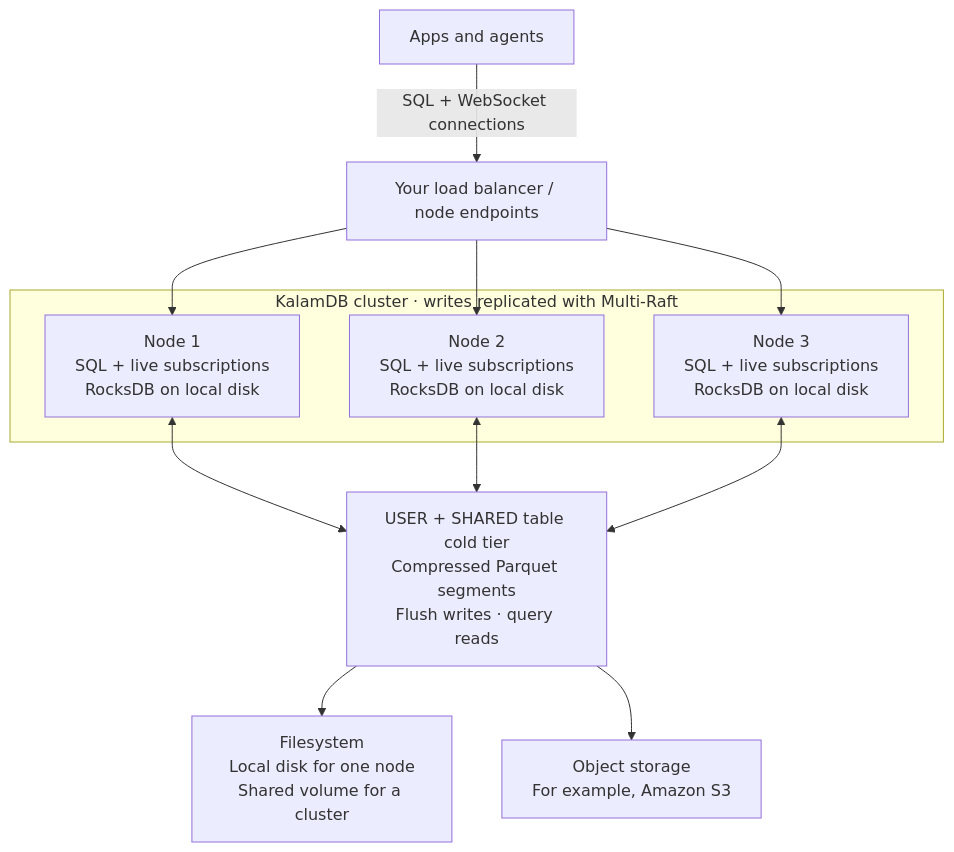
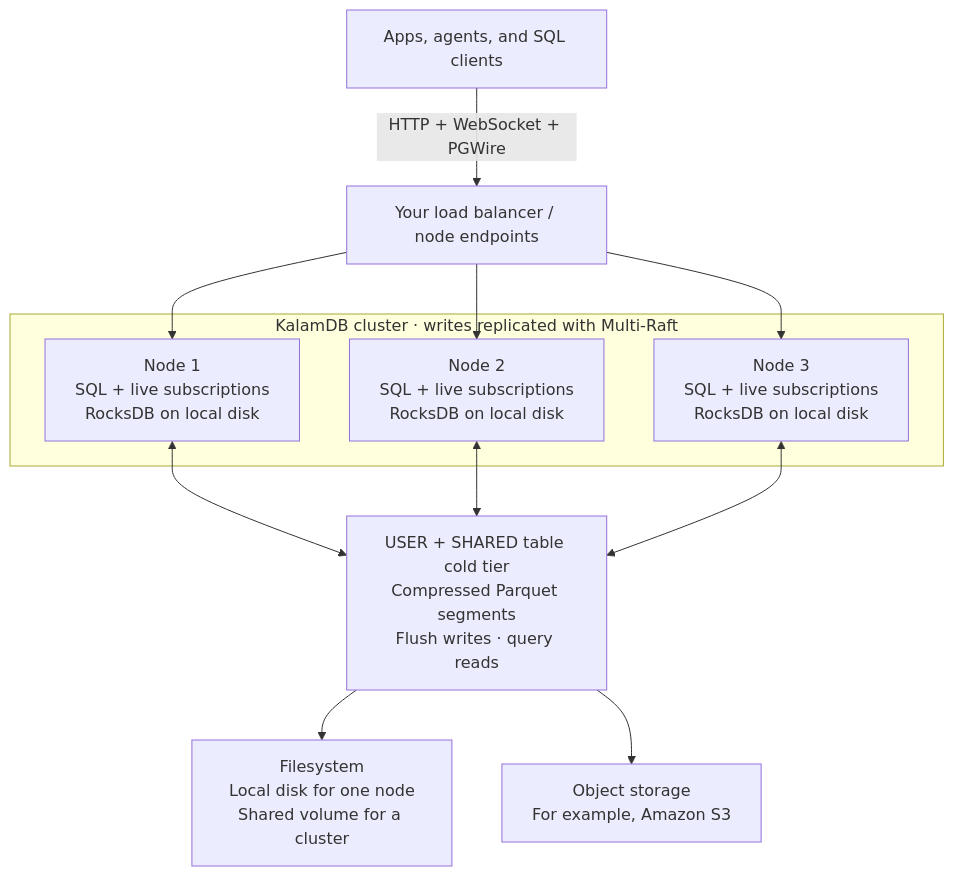
Before and after one commit to kalamdb/KalamDB: the diagram in README.md, drawn with Mermaid. The commit also changed other lines of this file and 39 other files, not shown here.

````diff
--- a/README.md
+++ b/README.md
@@ -75,21 +135,21 @@
 ```mermaid
 flowchart TB
-    Apps["Apps and agents"] -->|"SQL + WebSocket connections"| Entry["Your load balancer / node endpoints"]
+    Apps["Apps, agents, and SQL clients"] -->|"HTTP + WebSocket + PGWire"| Entry["Your load balancer / node endpoints"]
 
     subgraph Cluster["KalamDB cluster · writes replicated with Multi-Raft"]
         N1["Node 1<br/>SQL + live subscriptions<br/>RocksDB on local disk"]
         N2["Node 2<br/>SQL + live subscriptions<br/>RocksDB on local disk"]
         N3["Node 3<br/>SQL + live subscriptions<br/>RocksDB on local disk"]
     end
 
     Entry --> N1
     Entry --> N2
     Entry --> N3
 
     N1 <--> Cold
     N2 <--> Cold
     N3 <--> Cold
     Cold["USER + SHARED table cold tier<br/>Compressed Parquet segments<br/>Flush writes · query reads"]
     Cold --> Disk["Filesystem<br/>Local disk for one node<br/>Shared volume for a cluster"]
     Cold --> Object["Object storage<br/>For example, Amazon S3"]
 ```
````
